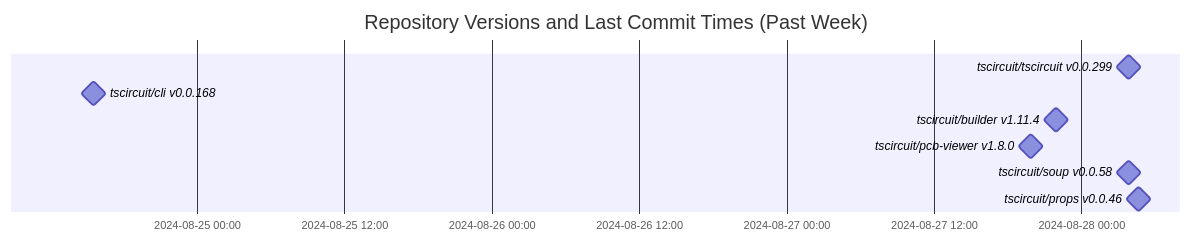
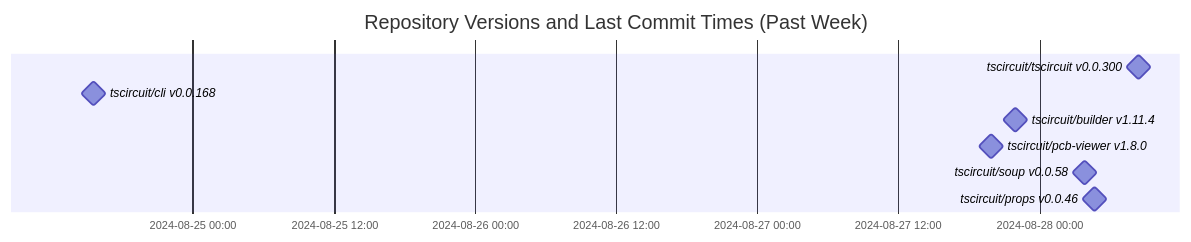
The diagram in README.md (tscircuit/version-tracker), drawn with Mermaid before and after one commit.

Commit message:
Update chart

````diff
--- a/README.md
+++ b/README.md
@@ -1,13 +1,13 @@
 ```mermaid
 gantt
   dateFormat  YYYY-MM-DD HH:mm:ss
   title Repository Versions and Last Commit Times (Past Week)
   axisFormat %Y-%m-%d %H:%M
 
-  tscircuit/tscircuit v0.0.299 : milestone, 2024-08-28 03:53:09, 1s
+  tscircuit/tscircuit v0.0.300 : milestone, 2024-08-28 08:27:33, 1s
   tscircuit/cli v0.0.168 : milestone, 2024-08-24 15:32:19, 1s
   tscircuit/builder v1.11.4 : milestone, 2024-08-27 21:56:45, 1s
   tscircuit/pcb-viewer v1.8.0 : milestone, 2024-08-27 19:53:15, 1s
   tscircuit/soup v0.0.58 : milestone, 2024-08-28 03:54:04, 1s
   tscircuit/props v0.0.46 : milestone, 2024-08-28 04:40:33, 1s
 ```
````
